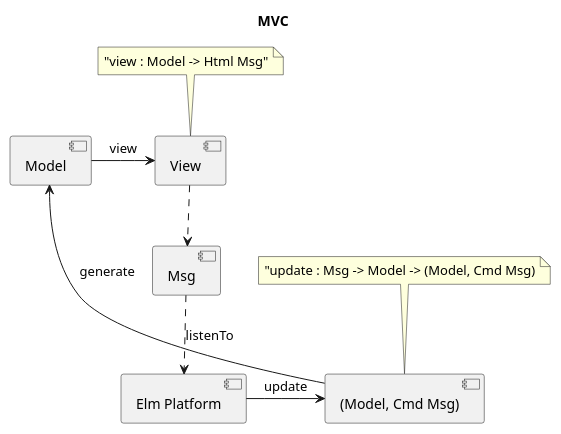
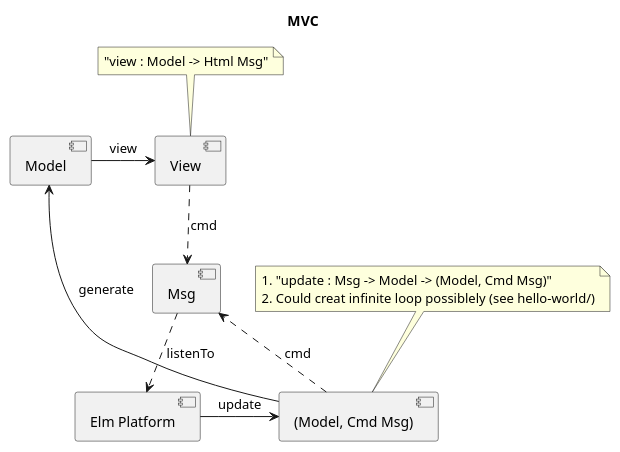
The first of 4 diagrams in elm-okta-idp/README.org (hw-hello-world/okta-signin-widget-apps), drawn with PlantUML before and after one commit. The commit also changed other lines of this file and 4 other files, not shown here.

```diff
--- a/elm-okta-idp/README.org
+++ b/elm-okta-idp/README.org
@@ -21,12 +23,13 @@
 #+BEGIN_SRC plantuml :file data/elm-arch-mvc.png :results output silent
 title: MVC
 
 [Model] -> [View] : view
 note top: "view : Model -> Html Msg"
-[View] ..> [Msg]
+[View] ..> [Msg] : cmd
 [Msg] ..> [Elm Platform] : listenTo
 [Elm Platform] -> [(Model, Cmd Msg)] : update
-note top: "update : Msg -> Model -> (Model, Cmd Msg)
+note top: 1. "update : Msg -> Model -> (Model, Cmd Msg)"\n2. Could creat infinite loop possiblely (see hello-world/)
+[(Model, Cmd Msg)] ..> [Msg] : cmd
 [(Model, Cmd Msg)] -> [Model]: generate
 
 #+END_SRC
```
